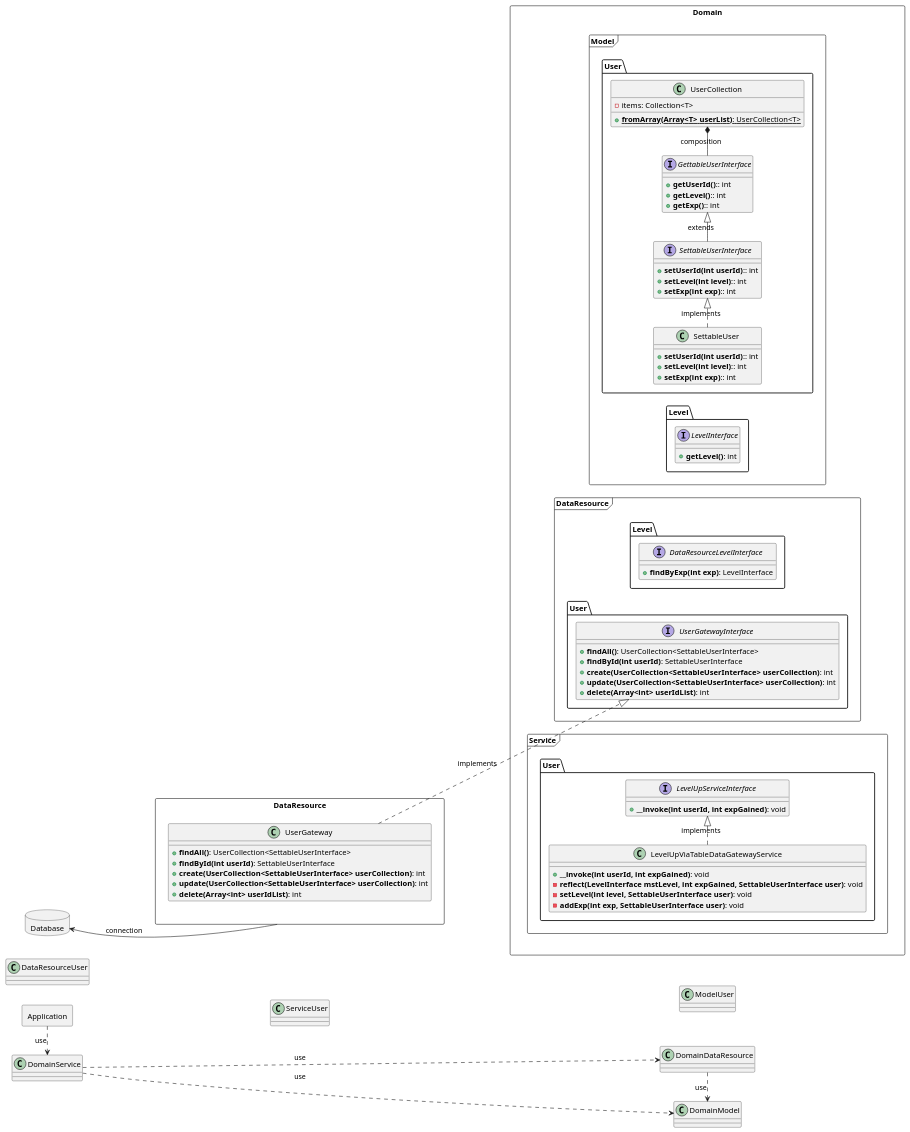
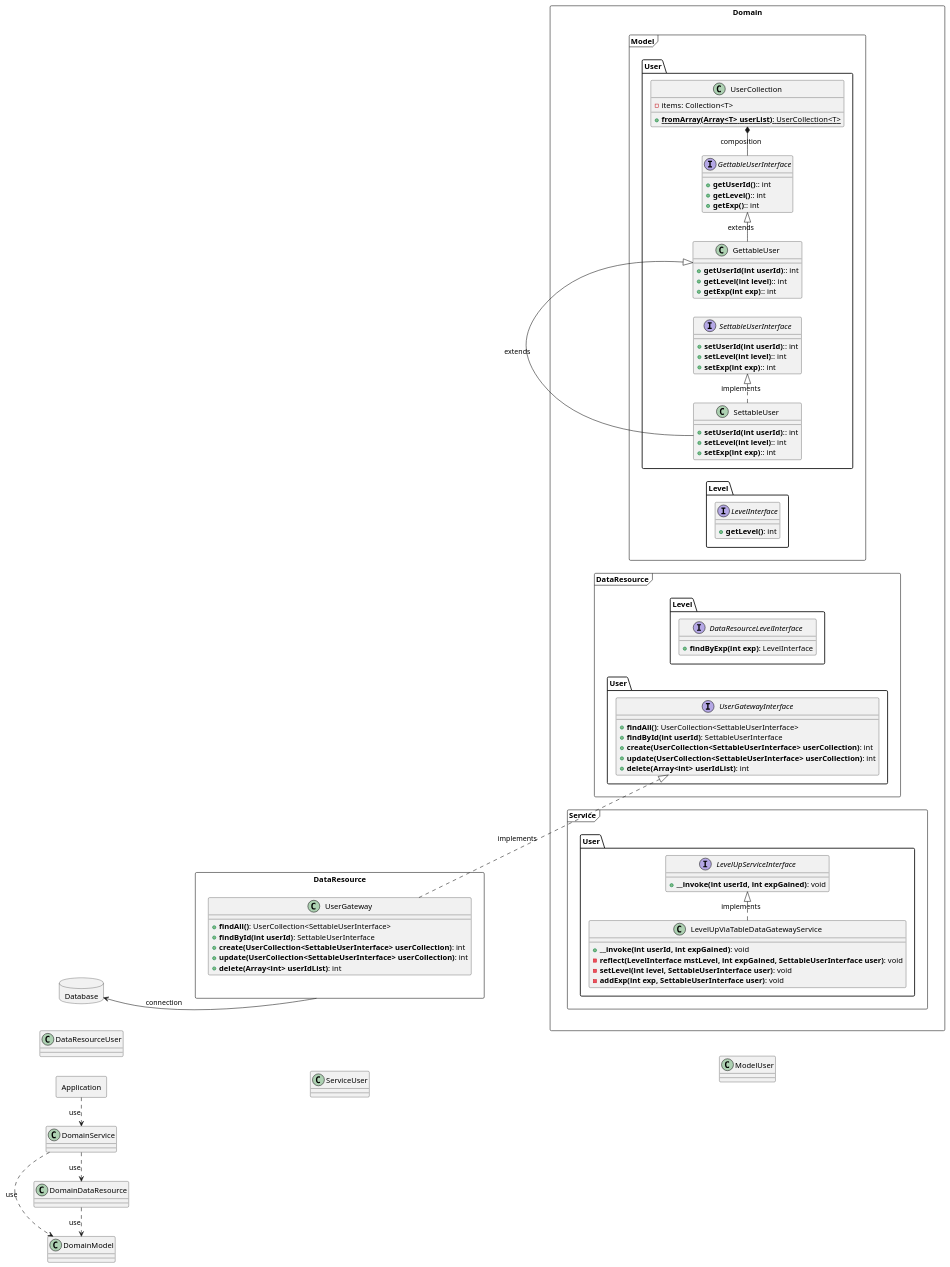
One commit to mexican-particles/mogmog changed the diagram in src/puml/classDiagram/userTableDataGateway.puml. Above: the diagram before and after it, drawn with PlantUML. The commit also changed 3 other files, not shown here.

```diff
--- a/src/puml/classDiagram/userTableDataGateway.puml
+++ b/src/puml/classDiagram/userTableDataGateway.puml
@@ -1,118 +1,120 @@
 @startuml
 'https://plantuml.com/class-diagram
 
 left to right direction
 
-' 表示用の調整
 Application --[hidden]down> ServiceUser
 Domain --[hidden]up> DataResource
 DataResource --[hidden]up> Database
 
 ServiceUser --[hidden]down> ModelUser
 ServiceUser --[hidden]up> DataResourceUser
 ModelUser --[hidden]up> DataResourceUser
 
 Application .> DomainService: use
-DomainService ...> DomainDataResource: use
-DomainService ..> DomainModel: use
+DomainService .> DomainDataResource: use
+DomainService .> DomainModel: use
 DomainDataResource .> DomainModel: use
 
 package Application <<Rectangle>> {
 }
 
 package Domain <<Rectangle>> {
     package Model as DomainModel <<Frame>> {
         package User as ModelUser <<Folder>> {
             class UserCollection {
                 - items: Collection<T>
                 + {static} **fromArray(Array<T> userList)**: UserCollection<T>
             }
 
             interface GettableUserInterface {
                 + **getUserId()**:: int
                 + **getLevel()**:: int
                 + **getExp()**:: int
+            }
+
+            class GettableUser {
+                + **getUserId(int userId)**:: int
+                + **getLevel(int level)**:: int
+                + **getExp(int exp)**:: int
             }
 
             interface SettableUserInterface {
                 + **setUserId(int userId)**:: int
                 + **setLevel(int level)**:: int
                 + **setExp(int exp)**:: int
             }
 
             class SettableUser {
                 + **setUserId(int userId)**:: int
                 + **setLevel(int level)**:: int
                 + **setExp(int exp)**:: int
             }
         }
 
         package Level as ModelLevel <<Folder>> {
             interface LevelInterface {
                 + **getLevel()**: int
             }
         }
     }
 
     package DataResource as DomainDataResource <<Frame>> {
         package Level as DataResourceLevel <<Folder>> {
             interface DataResourceLevelInterface {
                 + **findByExp(int exp)**: LevelInterface
             }
         }
         package User as DataResourceUser <<Folder>> {
             interface UserGatewayInterface {
                 + **findAll()**: UserCollection<SettableUserInterface>
                 + **findById(int userId)**: SettableUserInterface
                 + **create(UserCollection<SettableUserInterface> userCollection)**: int
                 + **update(UserCollection<SettableUserInterface> userCollection)**: int
                 + **delete(Array<int> userIdList)**: int
             }
         }
     }
 
     package Service as DomainService <<Frame>> {
         package User as ServiceUser <<Folder>> {
             interface LevelUpServiceInterface {
                 + **__invoke(int userId, int expGained)**: void
             }
 
             class LevelUpViaTableDataGatewayService {
                 + **__invoke(int userId, int expGained)**: void
                 - **reflect(LevelInterface mstLevel, int expGained, SettableUserInterface user)**: void
                 - **setLevel(int level, SettableUserInterface user)**: void
                 - **addExp(int exp, SettableUserInterface user)**: void
             }
         }
     }
 }
 
 package DataResource <<Rectangle>> {
     class UserGateway {
         + **findAll()**: UserCollection<SettableUserInterface>
         + **findById(int userId)**: SettableUserInterface
         + **create(UserCollection<SettableUserInterface> userCollection)**: int
         + **update(UserCollection<SettableUserInterface> userCollection)**: int
         + **delete(Array<int> userIdList)**: int
     }
 }
 
-'サービス / RowDataGateway と同じ
 LevelUpViaTableDataGatewayService .|> LevelUpServiceInterface: implements
 
-'モデルのインターフェース / RowDataGateway と同じ
 GettableUserInterface -* UserCollection: composition
-SettableUserInterface -|> GettableUserInterface: extends
 
-'モデルの具象 / RowDataGateway とは異なる
+GettableUser -|> GettableUserInterface: extends
 SettableUser .|> SettableUserInterface: implements
+SettableUser -|> GettableUser: extends
 
-'ゲートウェイの具象
 UserGateway .|> UserGatewayInterface : implements
 
 package Database <<Database>> {
 }
 
 DataResource -down-> Database: connection
 
 @enduml
```
